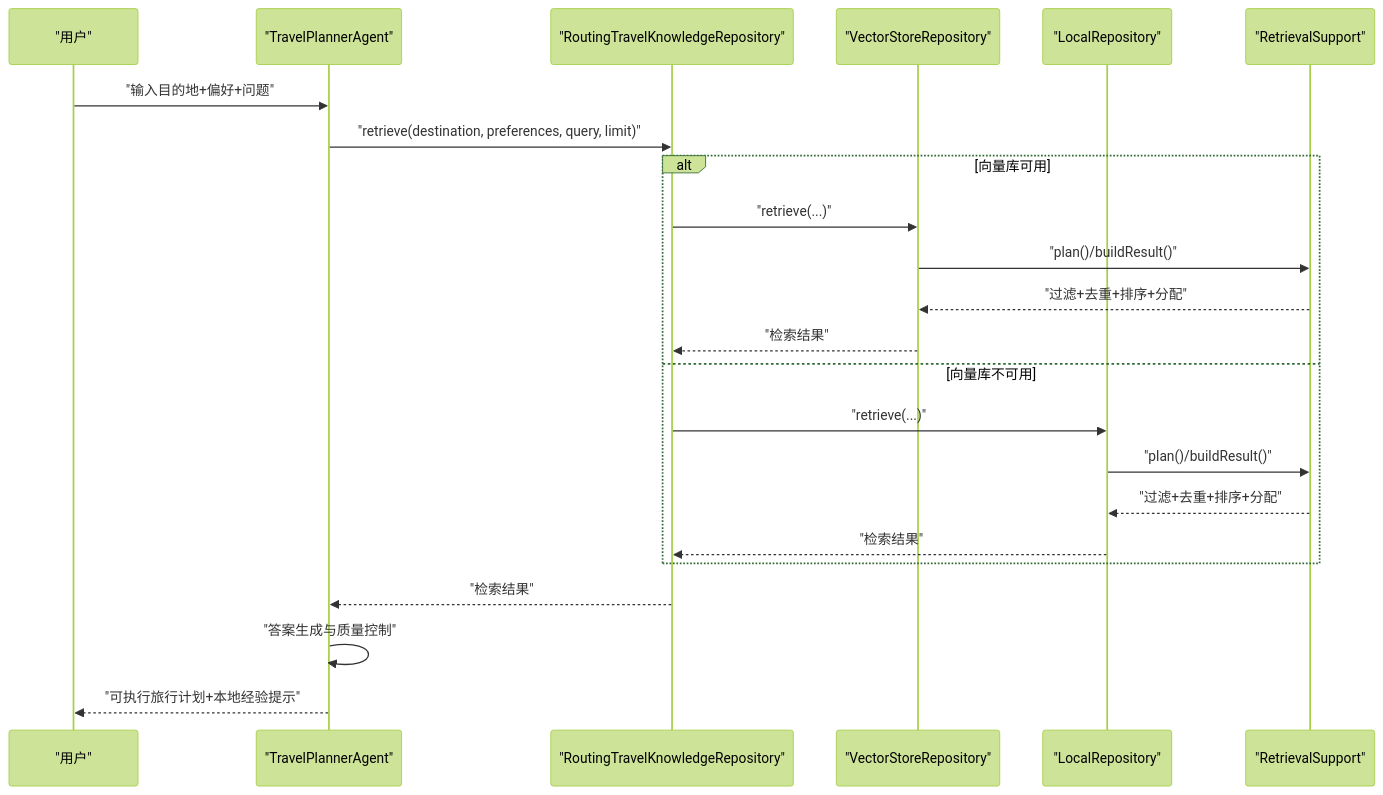
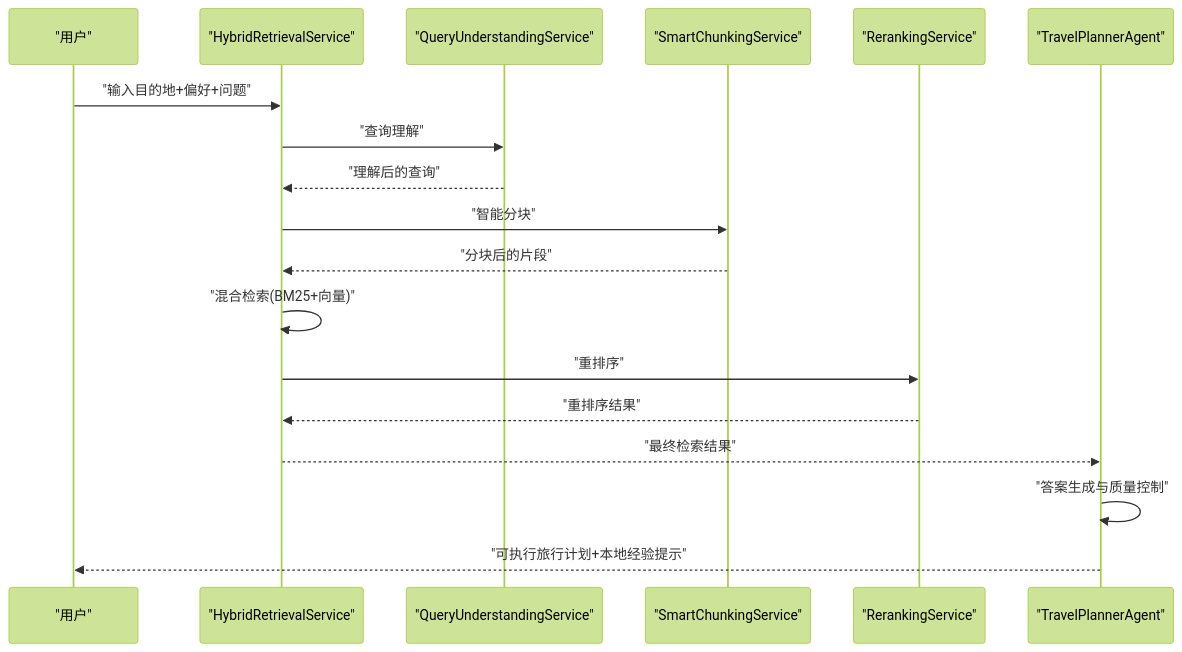
One commit to Sinlair/TravelAgent changed the second of 9 diagrams in .qoder/repowiki/zh/content/知识管理系统/RAG实现细节.md. Above: the diagram before and after it, drawn with Mermaid (forest theme). The commit also changed other lines of this file and 53 other files, not shown here.

````diff
--- a/.qoder/repowiki/zh/content/知识管理系统/RAG实现细节.md
+++ b/.qoder/repowiki/zh/content/知识管理系统/RAG实现细节.md
@@ -105,25 +143,20 @@
 ```mermaid
 sequenceDiagram
 participant U as "用户"
+participant HRS as "HybridRetrievalService"
+participant QUS as "QueryUnderstandingService"
+participant SCS as "SmartChunkingService"
+participant RER as "RerankingService"
 participant AG as "TravelPlannerAgent"
-participant RP as "RoutingTravelKnowledgeRepository"
-participant VS as "VectorStoreRepository"
-participant LS as "LocalRepository"
-participant SU as "RetrievalSupport"
-U->>AG : "输入目的地+偏好+问题"
-AG->>RP : "retrieve(destination, preferences, query, limit)"
-alt 向量库可用
-RP->>VS : "retrieve(...)"
-VS->>SU : "plan()/buildResult()"
-SU-->>VS : "过滤+去重+排序+分配"
-VS-->>RP : "检索结果"
-else 向量库不可用
-RP->>LS : "retrieve(...)"
-LS->>SU : "plan()/buildResult()"
-SU-->>LS : "过滤+去重+排序+分配"
-LS-->>RP : "检索结果"
-end
-RP-->>AG : "检索结果"
+U->>HRS : "输入目的地+偏好+问题"
+HRS->>QUS : "查询理解"
+QUS-->>HRS : "理解后的查询"
+HRS->>SCS : "智能分块"
+SCS-->>HRS : "分块后的片段"
+HRS->>HRS : "混合检索(BM25+向量)"
+HRS->>RER : "重排序"
+RER-->>HRS : "重排序结果"
+HRS-->>AG : "最终检索结果"
 AG->>AG : "答案生成与质量控制"
 AG-->>U : "可执行旅行计划+本地经验提示"
 ```
````
